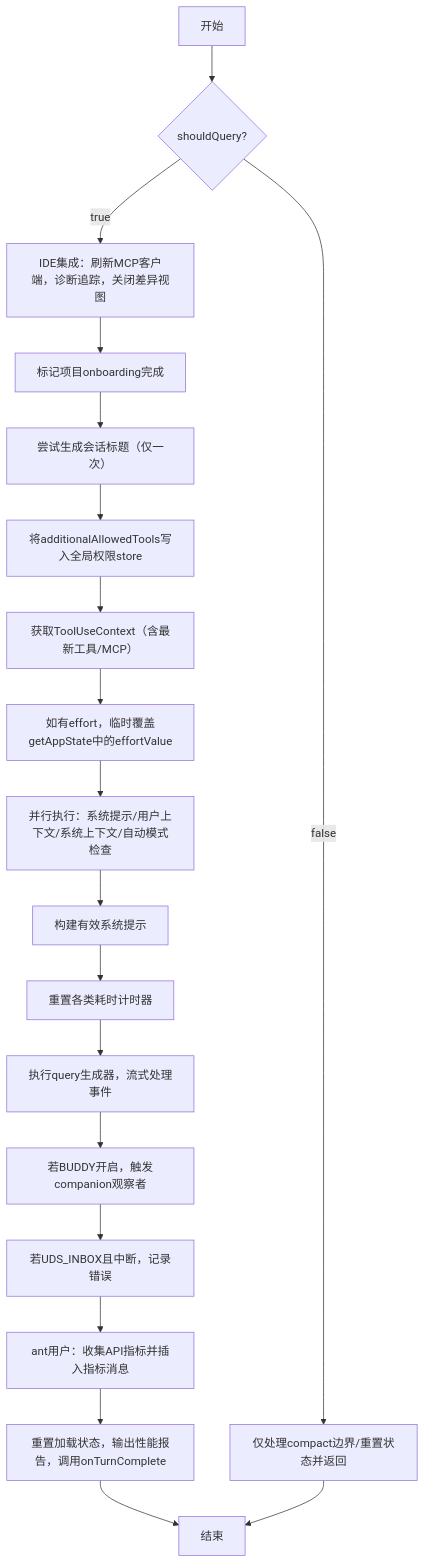
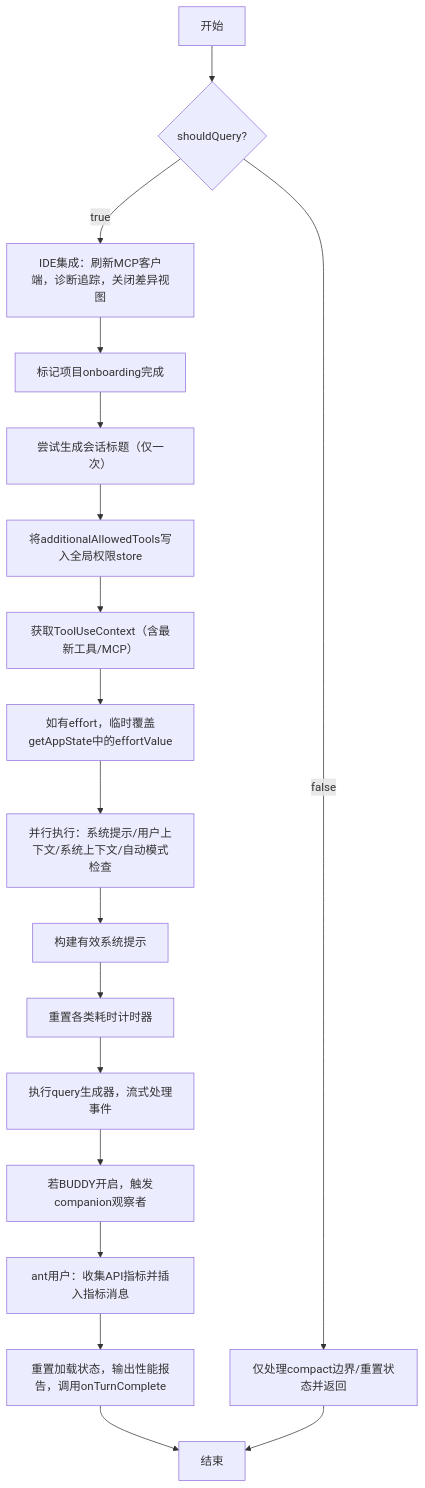
One commit to sweetcornna/open-claude-code changed the diagram in docs/conversation/multi-turn.mdx. Above: the diagram before and after it, drawn with Mermaid. The commit also changed other lines of this file and 239 other files, not shown here.

````diff
--- a/docs/conversation/multi-turn.mdx
+++ b/docs/conversation/multi-turn.mdx
@@ -98,21 +98,20 @@
 ```mermaid
 graph TD
 A["开始"] --> B{shouldQuery?}
 B -- true --> C["IDE集成：刷新MCP客户端，诊断追踪，关闭差异视图"]
 B -- false --> D["仅处理compact边界/重置状态并返回"]
 C --> E["标记项目onboarding完成"]
 E --> F["尝试生成会话标题（仅一次）"]
 F --> G["将additionalAllowedTools写入全局权限store"]
 G --> H["获取ToolUseContext（含最新工具/MCP）"]
 H --> I["如有effort，临时覆盖getAppState中的effortValue"]
 I --> J["并行执行：系统提示/用户上下文/系统上下文/自动模式检查"]
 J --> K["构建有效系统提示"]
 K --> L["重置各类耗时计时器"]
 L --> M["执行query生成器，流式处理事件"]
 M --> N["若BUDDY开启，触发companion观察者"]
-N --> O["若UDS_INBOX且中断，记录错误"]
-O --> P["ant用户：收集API指标并插入指标消息"]
+N --> P["ant用户：收集API指标并插入指标消息"]
 P --> Q["重置加载状态，输出性能报告，调用onTurnComplete"]
 Q --> R["结束"]
 D --> R
 ```
````
